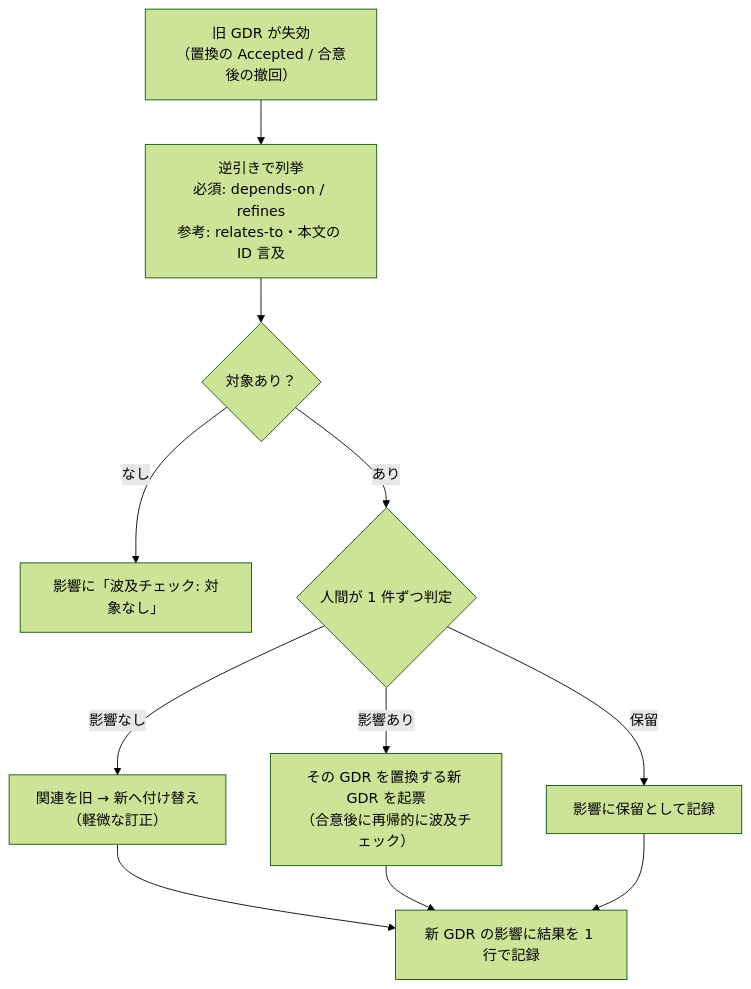
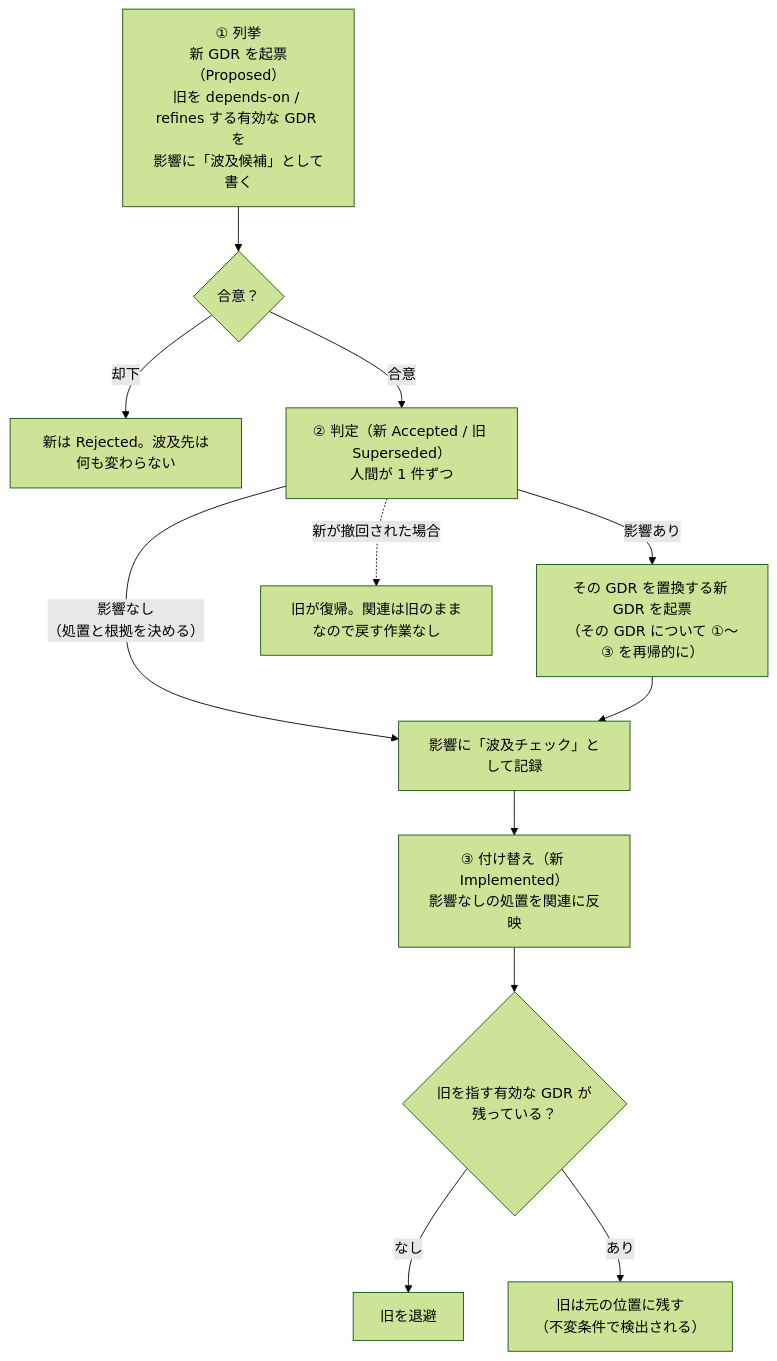
One commit to yoshinag/general-decision-record changed the diagram in docs/ja/91_demo_buildup_documents.md/kaizen/13_GDR置換時の波及チェック提案.md. Above: the diagram before and after it, drawn with Mermaid (forest theme). The commit also changed other lines of this file and 1 other file, not shown here.

````diff
--- a/docs/ja/91_demo_buildup_documents.md/kaizen/13_GDR置換時の波及チェック提案.md
+++ b/docs/ja/91_demo_buildup_documents.md/kaizen/13_GDR置換時の波及チェック提案.md
@@ -74,13 +76,14 @@
 ```mermaid
 flowchart TD
-    T["旧 GDR が失効<br/>（置換の Accepted / 合意後の撤回）"] --> L["逆引きで列挙<br/>必須: depends-on / refines<br/>参考: relates-to・本文の ID 言及"]
-    L --> Z{"対象あり？"}
-    Z -- なし --> N["影響に「波及チェック: 対象なし」"]
-    Z -- あり --> J{"人間が 1 件ずつ判定"}
-    J -- 影響なし --> K["関連を旧 → 新へ付け替え<br/>（軽微な訂正）"]
-    J -- 影響あり --> R["その GDR を置換する新 GDR を起票<br/>（合意後に再帰的に波及チェック）"]
-    J -- 保留 --> H["影響に保留として記録"]
-    K --> W["新 GDR の影響に結果を 1 行で記録"]
+    P["① 列挙<br/>新 GDR を起票（Proposed）<br/>旧を depends-on / refines する有効な GDR を<br/>影響に「波及候補」として書く"] --> A{"合意？"}
+    A -- 却下 --> X["新は Rejected。波及先は何も変わらない"]
+    A -- 合意 --> J["② 判定（新 Accepted / 旧 Superseded）<br/>人間が 1 件ずつ"]
+    J -- "影響なし<br/>（処置と根拠を決める）" --> W["影響に「波及チェック」として記録"]
+    J -- 影響あり --> R["その GDR を置換する新 GDR を起票<br/>（その GDR について ①〜③ を再帰的に）"]
     R --> W
-    H --> W
+    W --> I["③ 付け替え（新 Implemented）<br/>影響なしの処置を関連に反映"]
+    I --> C{"旧を指す有効な GDR が<br/>残っている？"}
+    C -- なし --> AR["旧を退避"]
+    C -- あり --> WAIT["旧は元の位置に残す<br/>（不変条件で検出される）"]
+    J -. "新が撤回された場合" .-> BACK["旧が復帰。関連は旧のままなので戻す作業なし"]
 ```
````
